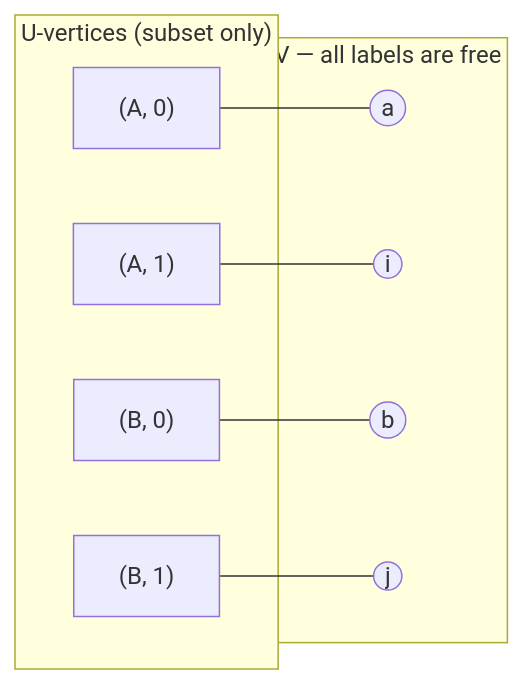
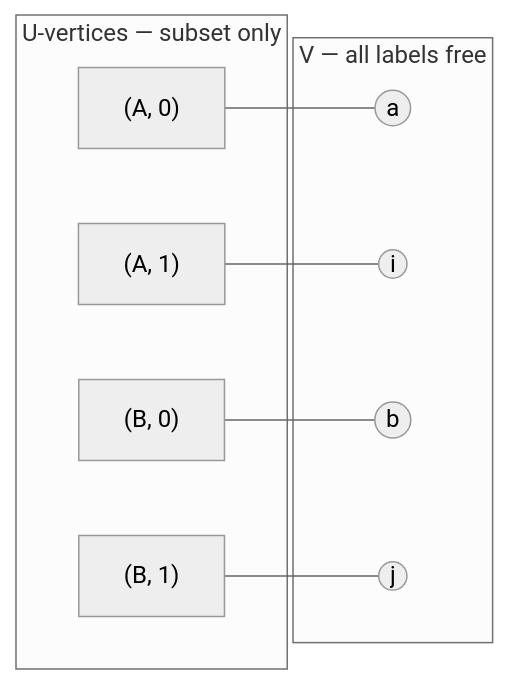
The second of 3 diagrams in docs/explanation/subgraph-symmetry.md (AIcrowd/whest), drawn with Mermaid before and after one commit. The commit also changed other lines of this file, not shown here.

First line of the commit message:
docs: fix mermaid diagrams and remove deleted-code section

````diff
--- a/docs/explanation/subgraph-symmetry.md
+++ b/docs/explanation/subgraph-symmetry.md
@@ -118,21 +112,16 @@
 ```mermaid
-graph LR
-    subgraph U ["U-vertices (subset only)"]
-        A0["(A, 0)"]
-        A1["(A, 1)"]
-        B0["(B, 0)"]
-        B1["(B, 1)"]
+%%{init: {'theme': 'neutral'}}%%
+flowchart LR
+    A0["(A, 0)"] --- a((a))
+    A1["(A, 1)"] --- i((i))
+    B0["(B, 0)"] --- b((b))
+    B1["(B, 1)"] --- j((j))
+
+    subgraph U [U-vertices — subset only]
+        A0; A1; B0; B1
     end
 
-    subgraph V ["V — all labels are free"]
-        a((a))
-        i((i))
-        b((b))
-        j((j))
+    subgraph V [V — all labels free]
+        a; i; b; j
     end
-
-    A0 --- a
-    A1 --- i
-    B0 --- b
-    B1 --- j
 ```
````
